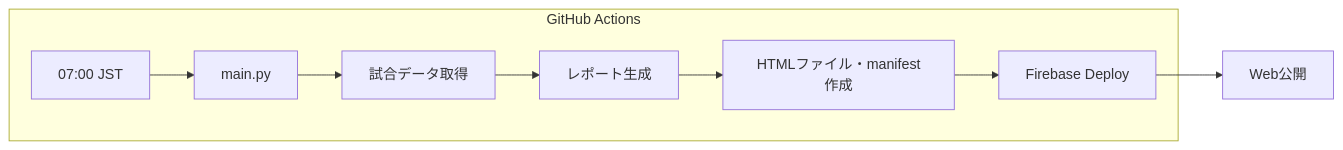
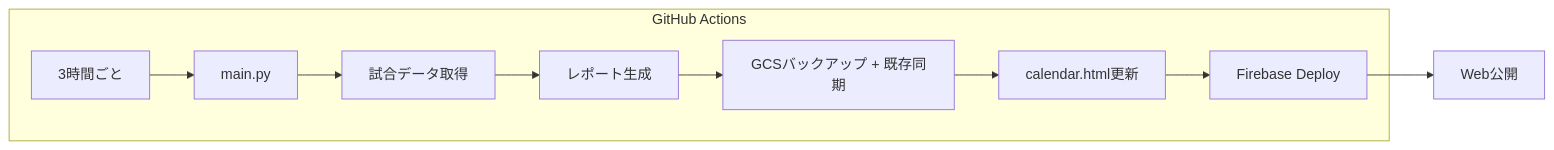
Before and after one commit to igrekplus/football-delay-watching: the second of 3 diagrams in docs/04_operations/deployment.md, drawn with Mermaid. The commit also changed other lines of this file and 11 other files, not shown here.

Commit message:
docs: add calendar requirements and align runtime/deploy specs

````diff
--- a/docs/04_operations/deployment.md
+++ b/docs/04_operations/deployment.md
@@ -177,11 +181,12 @@
 ```mermaid
 flowchart LR
     subgraph GitHub Actions
-        A[07:00 JST] --> B[main.py]
+        A[3時間ごと] --> B[main.py]
         B --> C[試合データ取得]
         C --> D[レポート生成]
-        D --> E[HTMLファイル・manifest作成]
-        E --> F[Firebase Deploy]
+        D --> E[GCSバックアップ + 既存同期]
+        E --> F[calendar.html更新]
+        F --> G[Firebase Deploy]
     end
-    F --> G[Web公開]
+    G --> H[Web公開]
 ```
````
